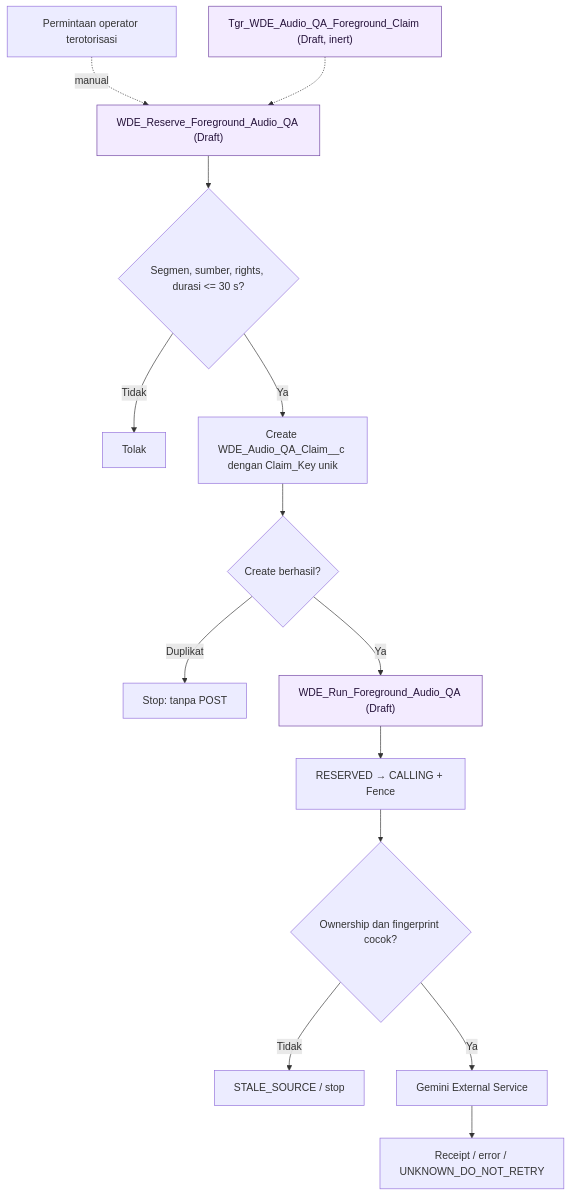
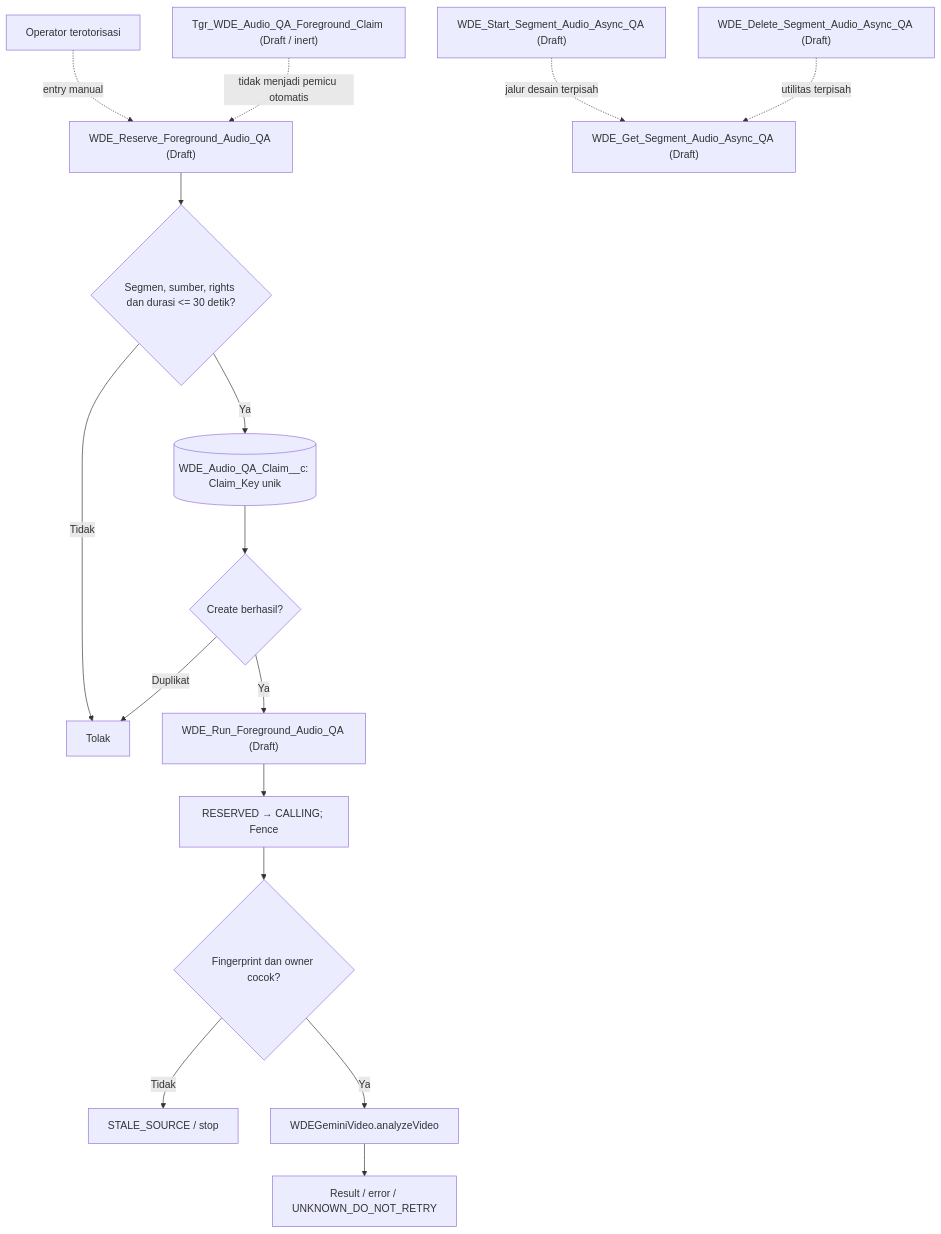
The ninth of 28 diagrams in SADD-WDE.md (jimmytobing/Syntetic-Wisdom), drawn with Mermaid before and after one commit. The commit also changed other lines of this file, not shown here.

Commit message:
docs(wde): align visual SADD with two-workflow cleanup and label all Salesforce flows

````diff
--- a/SADD-WDE.md
+++ b/SADD-WDE.md
@@ -188,18 +190,18 @@
 ```mermaid
-flowchart TD
-  HUMAN["Permintaan operator terotorisasi"] -. "manual" .-> RES["WDE_Reserve_Foreground_Audio_QA (Draft)"]
-  RES --> PRE{"Segmen, sumber, rights, durasi <= 30 s?"}
-  PRE -- "Tidak" --> DENY["Tolak"]
-  PRE -- "Ya" --> CLAIM["Create WDE_Audio_QA_Claim__c dengan Claim_Key unik"]
+flowchart TB
+  HUMAN["Operator terotorisasi"] -. "entry manual" .-> RES["WDE_Reserve_Foreground_Audio_QA (Draft)"]
+  RES --> CHECK{"Segmen, sumber, rights dan durasi <= 30 detik?"}
+  CHECK -- "Tidak" --> DENY["Tolak"]
+  CHECK -- "Ya" --> CLAIM[("WDE_Audio_QA_Claim__c: Claim_Key unik")]
   CLAIM --> UNIQUE{"Create berhasil?"}
-  UNIQUE -- "Duplikat" --> DENY2["Stop: tanpa POST"]
-  UNIQUE -- "Ya" --> WORK["WDE_Run_Foreground_Audio_QA (Draft)"]
-  WORK --> FENCE["RESERVED → CALLING + Fence"]
-  FENCE --> CHECK{"Ownership dan fingerprint cocok?"}
-  CHECK -- "Tidak" --> STALE["STALE_SOURCE / stop"]
-  CHECK -- "Ya" --> GEM["Gemini External Service"]
-  GEM --> RECEIPT["Receipt / error / UNKNOWN_DO_NOT_RETRY"]
-  NOTE["Tgr_WDE_Audio_QA_Foreground_Claim (Draft, inert)"] -.-> RES
-  classDef draft fill:#f3ebff,stroke:#6f42a1,color:#25123a;
-  class RES,WORK,NOTE draft;
+  UNIQUE -- "Duplikat" --> DENY
+  UNIQUE -- "Ya" --> RUN["WDE_Run_Foreground_Audio_QA (Draft)"]
+  RUN --> FENCE["RESERVED → CALLING; Fence"]
+  FENCE --> GATE{"Fingerprint dan owner cocok?"}
+  GATE -- "Tidak" --> STALE["STALE_SOURCE / stop"]
+  GATE -- "Ya" --> GEM["WDEGeminiVideo.analyzeVideo"]
+  GEM --> RECEIPT["Result / error / UNKNOWN_DO_NOT_RETRY"]
+  TRIG["Tgr_WDE_Audio_QA_Foreground_Claim (Draft / inert)"] -. "tidak menjadi pemicu otomatis" .-> RES
+  ASYNC["WDE_Start_Segment_Audio_Async_QA (Draft)"] -. "jalur desain terpisah" .-> GET["WDE_Get_Segment_Audio_Async_QA (Draft)"]
+  DELETE["WDE_Delete_Segment_Audio_Async_QA (Draft)"] -. "utilitas terpisah" .-> GET
 ```
````
